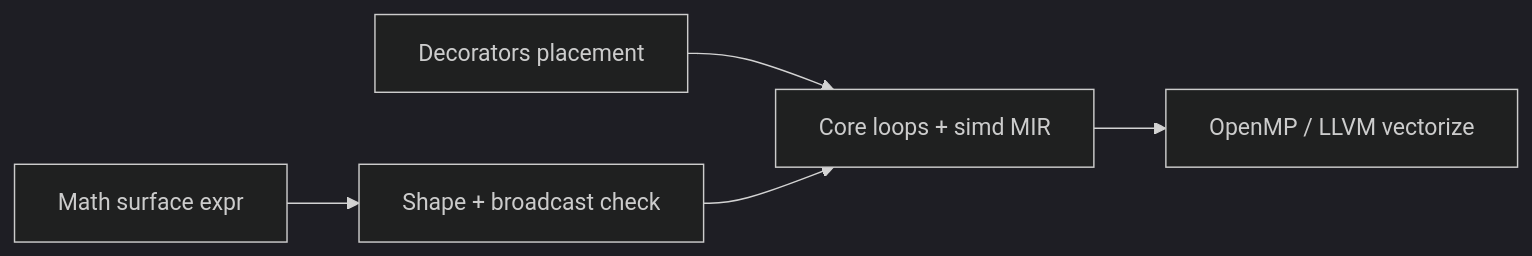
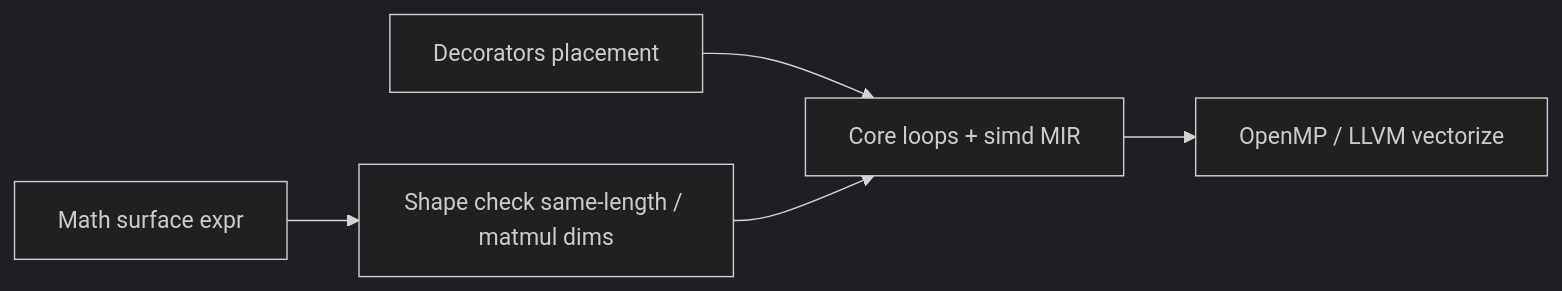
Before and after one commit to li-langverse/lic: the diagram in docs/superpowers/plans/2026-05-16-li-math-linalg-surface.md, drawn with Mermaid (dark theme). The commit also changed other lines of this file and 3 other files, not shown here.

````diff
--- a/docs/superpowers/plans/2026-05-16-li-math-linalg-surface.md
+++ b/docs/superpowers/plans/2026-05-16-li-math-linalg-surface.md
@@ -79,12 +79,12 @@
 ```mermaid
 flowchart LR
   math[Math surface expr]
   deco[Decorators placement]
-  elab[Shape + broadcast check]
+  elab[Shape check same-length / matmul dims]
   core[Core loops + simd MIR]
   omp[OpenMP / LLVM vectorize]
 
   math --> elab
   deco --> core
   elab --> core --> omp
 ```
````
